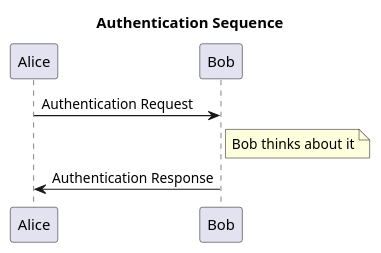
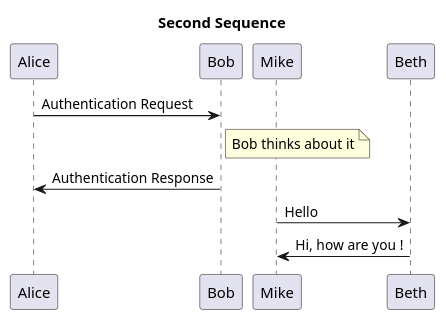
Before and after one commit to Terradue/doc-tep-geohazards-arch: the diagram in source/enterprise/scope.rst, drawn with PlantUML. The commit also changed other lines of this file, not shown here.

```diff
--- a/source/enterprise/scope.rst
+++ b/source/enterprise/scope.rst
@@ -40,6 +40,9 @@
 .. uml::
 
        title Authentication Sequence
        Alice->Bob: Authentication Request
        note right of Bob: Bob thinks about it
        Bob->Alice: Authentication Response
+       title Second Sequence
+       Mike->Beth: Hello
+       Mike<-Beth: Hi, how are you !
```
